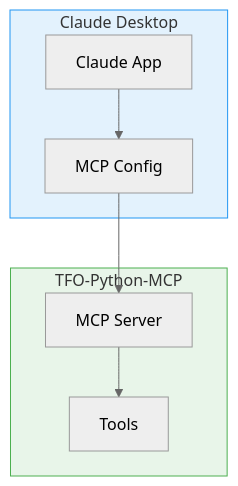
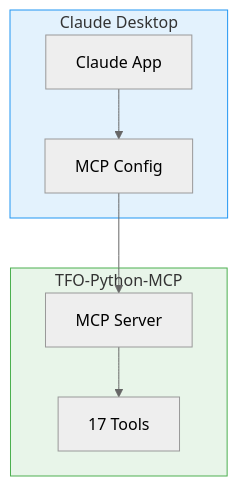
One commit to telemetryflow/telemetryflow-python-mcp changed the seventh of 9 diagrams in docs/INSTALLATION.md. Above: the diagram before and after it, drawn with Mermaid (neutral theme). The commit also changed other lines of this file and 89 other files, not shown here.

````diff
--- a/docs/INSTALLATION.md
+++ b/docs/INSTALLATION.md
@@ -403,19 +534,19 @@
 ```mermaid
 flowchart TB
     subgraph Claude["Claude Desktop"]
         APP["Claude App"]
         CONFIG["MCP Config"]
     end
 
     subgraph MCP["TFO-Python-MCP"]
         SERVER["MCP Server"]
-        TOOLS["Tools"]
+        TOOLS["17 Tools"]
     end
 
     APP --> CONFIG
     CONFIG --> SERVER
     SERVER --> TOOLS
 
     style Claude fill:#e3f2fd,stroke:#2196f3
     style MCP fill:#e8f5e9,stroke:#4caf50
 ```
````
